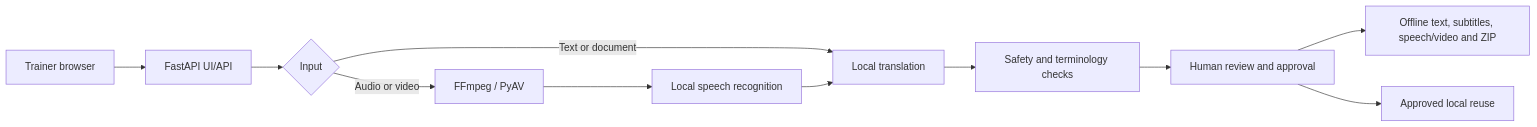
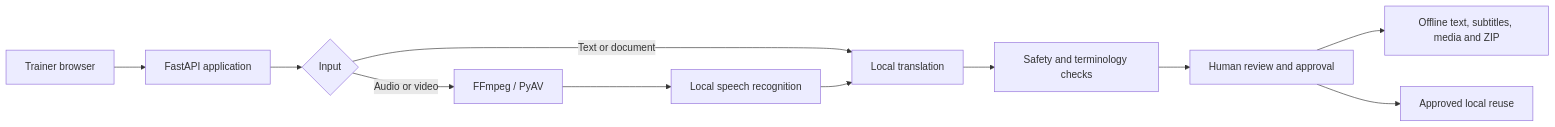
One commit to ChiragArora31/VaaniSetu changed the diagram in README.md. Above: the diagram before and after it, drawn with Mermaid. The commit also changed other lines of this file and 36 other files, not shown here.

````diff
--- a/README.md
+++ b/README.md
@@ -35,13 +54,13 @@
 ```mermaid
 flowchart LR
-    A["Trainer browser"] --> B["FastAPI UI/API"]
+    A["Trainer browser"] --> B["FastAPI application"]
     B --> C{"Input"}
     C -->|"Text or document"| T["Local translation"]
     C -->|"Audio or video"| M["FFmpeg / PyAV"]
     M --> S["Local speech recognition"]
     S --> T
     T --> Q["Safety and terminology checks"]
     Q --> R["Human review and approval"]
-    R --> O["Offline text, subtitles, speech/video and ZIP"]
+    R --> O["Offline text, subtitles, media and ZIP"]
     R --> L["Approved local reuse"]
 ```
````
